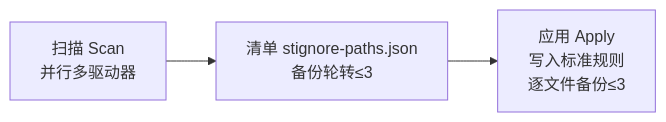
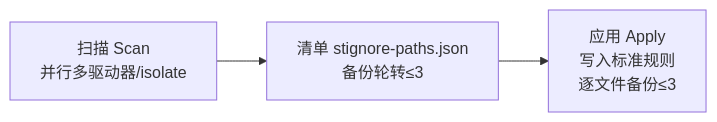
One commit to sutchan/Syncthing_Ignore_Patterns changed the diagram in README.md. Above: the diagram before and after it, drawn with Mermaid. The commit also changed other lines of this file and 8 other files, not shown here.

````diff
--- a/README.md
+++ b/README.md
@@ -107,5 +126,5 @@
 ```mermaid
 flowchart LR
-    A[扫描 Scan<br/>并行多驱动器] --> B[清单 stignore-paths.json<br/>备份轮转≤3]
+    A[扫描 Scan<br/>并行多驱动器/isolate] --> B[清单 stignore-paths.json<br/>备份轮转≤3]
     B --> C[应用 Apply<br/>写入标准规则<br/>逐文件备份≤3]
 ```
````
